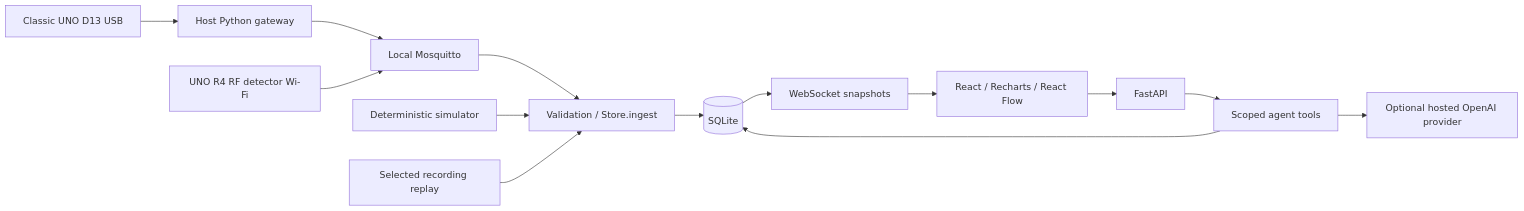
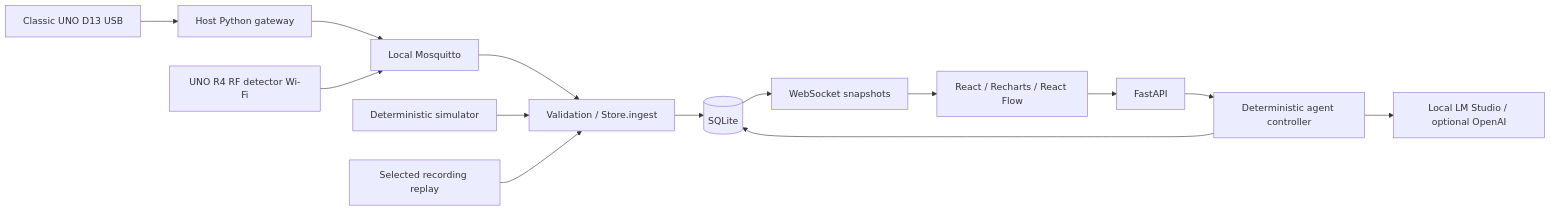
One commit to SalehBaderah/Agentwin changed the diagram in README.md. Above: the diagram before and after it, drawn with Mermaid. The commit also changed other lines of this file and 26 other files, not shown here.

````diff
--- a/README.md
+++ b/README.md
@@ -110,16 +117,16 @@
 ```mermaid
 flowchart LR
   USB[Classic UNO D13 USB] --> GW[Host Python gateway]
   GW --> MQ[Local Mosquitto]
   WIFI[UNO R4 RF detector Wi-Fi] --> MQ
   MQ --> ING[Validation / Store.ingest]
   SIM[Deterministic simulator] --> ING
   REP[Selected recording replay] --> ING
   ING --> DB[(SQLite)]
   DB --> WS[WebSocket snapshots]
   WS --> UI[React / Recharts / React Flow]
   UI --> API[FastAPI]
-  API --> AG[Scoped agent tools]
+  API --> AG[Deterministic agent controller]
   AG --> DB
-  AG --> LLM[Optional hosted OpenAI provider]
+  AG --> LLM[Local LM Studio / optional OpenAI]
 ```
````
